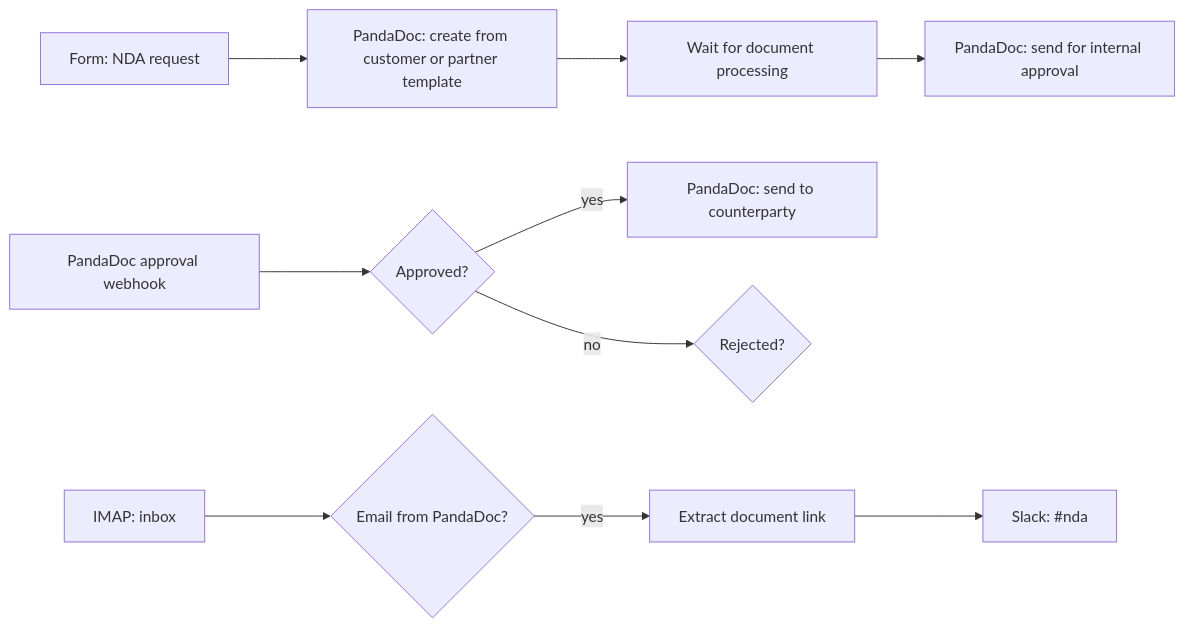
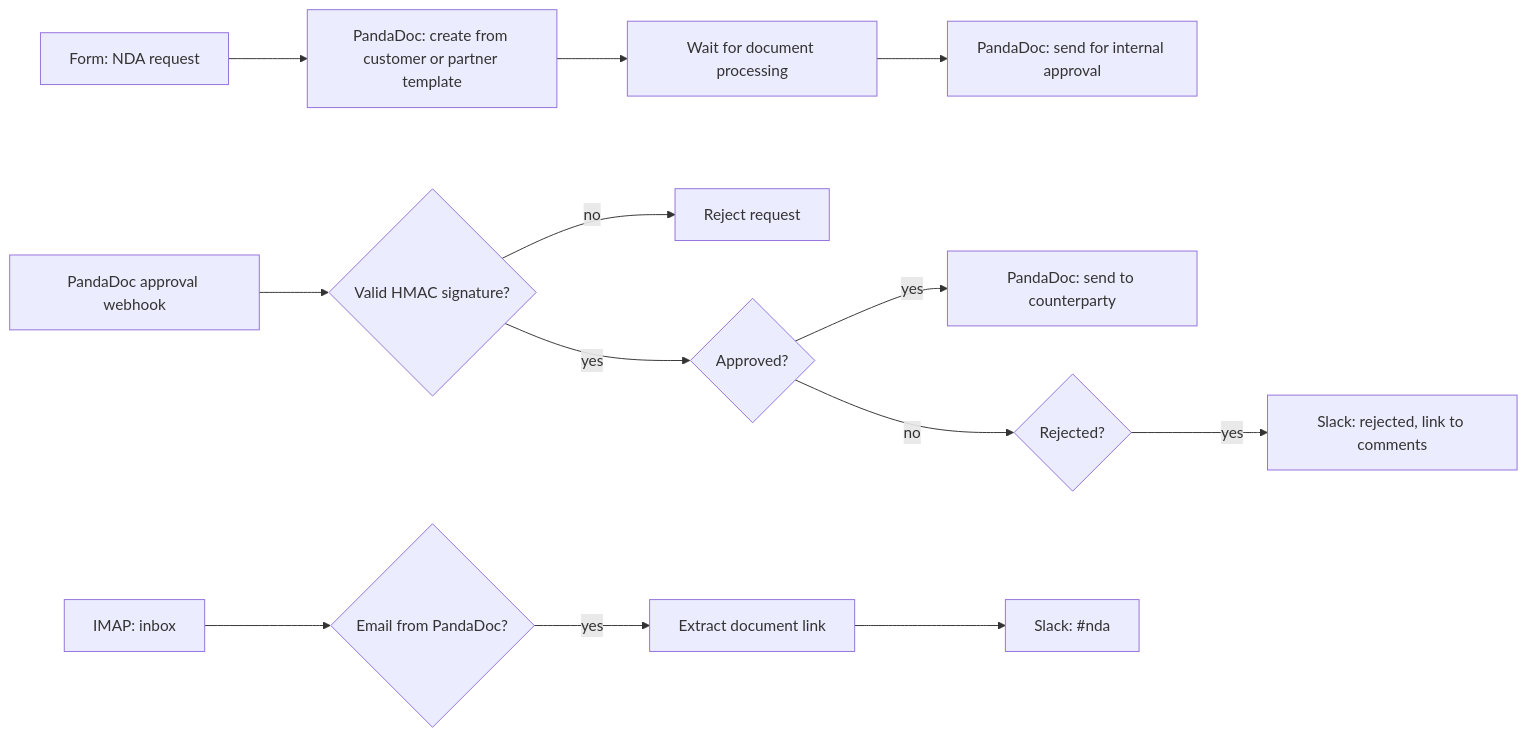
The diagram in docs/case-studies/06-nda-automation.md (amjaddwikat/gtm-workflows), drawn with Mermaid before and after one commit. The commit also changed other lines of this file and 13 other files, not shown here.

````diff
--- a/docs/case-studies/06-nda-automation.md
+++ b/docs/case-studies/06-nda-automation.md
@@ -20,11 +20,14 @@
 ```mermaid
 flowchart LR
     F["Form: NDA request"] --> CD["PandaDoc: create from customer or partner template"]
     CD --> W["Wait for document processing"] --> AP["PandaDoc: send for internal approval"]
-    WH["PandaDoc approval webhook"] --> OK{"Approved?"}
+    WH["PandaDoc approval webhook"] --> SIG{"Valid HMAC signature?"}
+    SIG -->|no| STOP["Reject request"]
+    SIG -->|yes| OK{"Approved?"}
     OK -->|yes| SEND["PandaDoc: send to counterparty"]
     OK -->|no| RJ{"Rejected?"}
+    RJ -->|yes| RN["Slack: rejected, link to comments"]
 
     IM["IMAP: inbox"] --> PD{"Email from PandaDoc?"}
     PD -->|yes| PX["Extract document link"] --> SL["Slack: #nda"]
 ```
````
